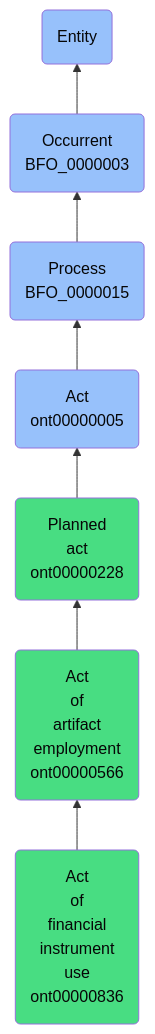
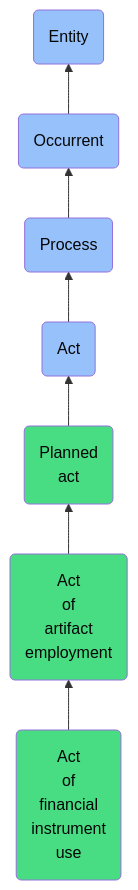
One commit to jupyter-naas/abi changed the diagram in docs/ontology/reference/model/Entity/Occurrent/Process/Act/Planned act/Act of artifact employment/Act of financial instrument use/Act of financial instrument use.md. Above: the diagram before and after it, drawn with Mermaid. The commit also changed other lines of this file and 1430 other files, not shown here.

````diff
--- a/docs/ontology/reference/model/Entity/Occurrent/Process/Act/Planned act/Act of artifact employment/Act of financial instrument use/Act of financial instrument use.md
+++ b/docs/ontology/reference/model/Entity/Occurrent/Process/Act/Planned act/Act of artifact employment/Act of financial instrument use/Act of financial instrument use.md
@@ -24,14 +24,14 @@
 ```mermaid
 graph BT
-    ont00000836(Act<br>of<br>financial<br>instrument<br>use<br>ont00000836):::ABI-->ont00000566
-    ont00000566(Act<br>of<br>artifact<br>employment<br>ont00000566):::ABI-->ont00000228
-    ont00000228(Planned<br>act<br>ont00000228):::ABI-->ont00000005
-    ont00000005(Act<br>ont00000005):::BFO-->BFO_0000015
-    BFO_0000015(Process<br>BFO_0000015):::BFO-->BFO_0000003
-    BFO_0000003(Occurrent<br>BFO_0000003):::BFO-->BFO_0000001
+    ont00000836(Act<br>of<br>financial<br>instrument<br>use):::ABI-->ont00000566
+    ont00000566(Act<br>of<br>artifact<br>employment):::ABI-->ont00000228
+    ont00000228(Planned<br>act):::ABI-->ont00000005
+    ont00000005(Act):::BFO-->BFO_0000015
+    BFO_0000015(Process):::BFO-->BFO_0000003
+    BFO_0000003(Occurrent):::BFO-->BFO_0000001
     BFO_0000001(Entity):::BFO
     
     classDef BFO fill:#97c1fb,color:#060606
     classDef CCO fill:#e4c51e,color:#060606
     classDef ABI fill:#48DD82,color:#060606
 ```
````
